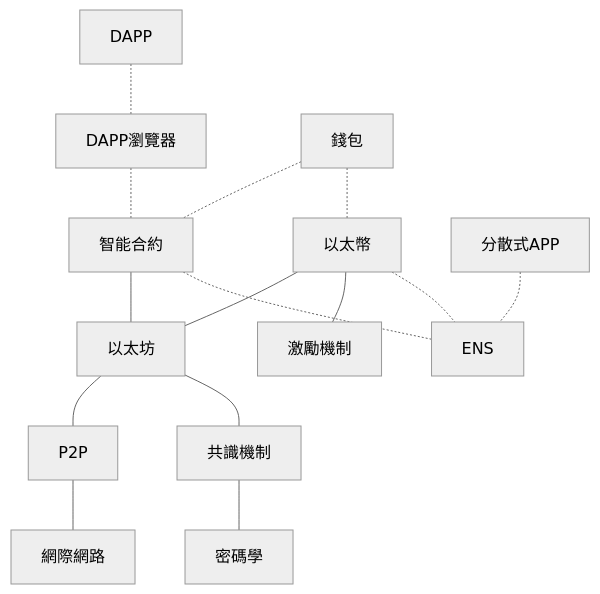
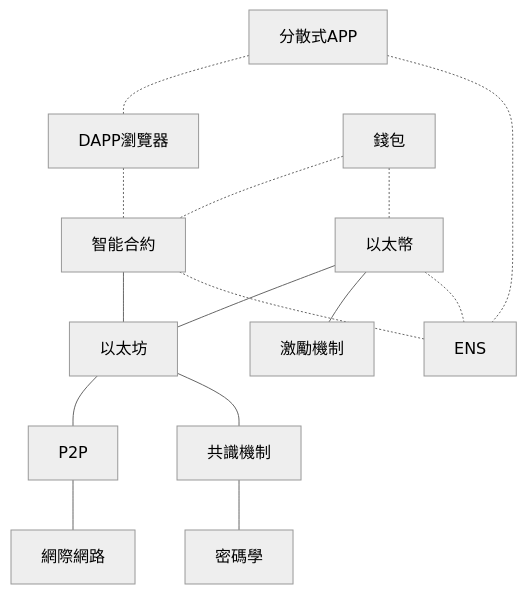
One commit to gasolin/learndapp changed the diagram in what-is-ethereum.md. Above: the diagram before and after it, drawn with Mermaid (neutral theme). The commit also changed other lines of this file and 1 other file, not shown here.

```diff
--- a/what-is-ethereum.md
+++ b/what-is-ethereum.md
@@ -11,17 +13,17 @@
 {% mermaid %}
 graph TD
-DAPP -.- DAPP瀏覽器
+分散式APP -.- DAPP瀏覽器
 DAPP瀏覽器 -.- 智能合約
 錢包 -.- 智能合約
 智能合約 --- 以太坊
 錢包 -.- 以太幣
 以太幣 --- 以太坊
 以太幣 --- 激勵機制
 以太坊 --- P2P
 以太坊 --- 共識機制
 共識機制 --- 密碼學
 P2P --- 網際網路
 分散式APP -.- ENS
 智能合約 -.- ENS
 以太幣 -.- ENS
 {% endmermaid %}
```
